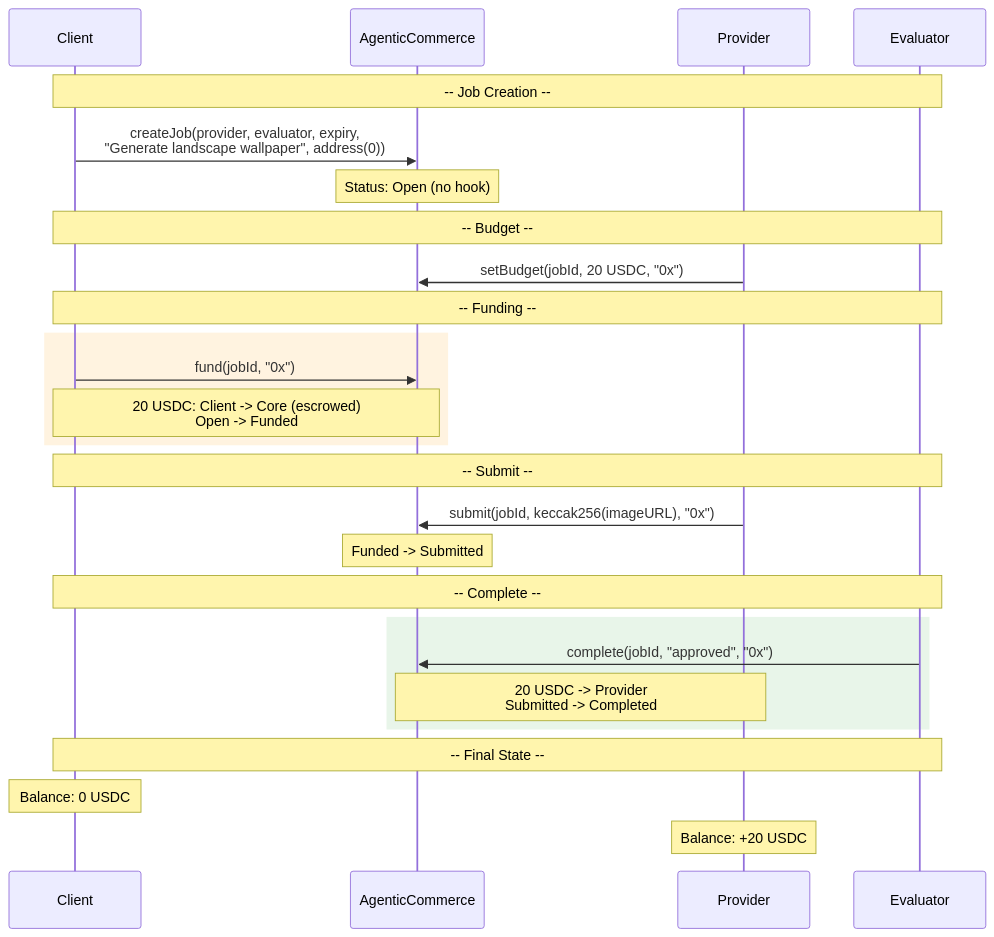
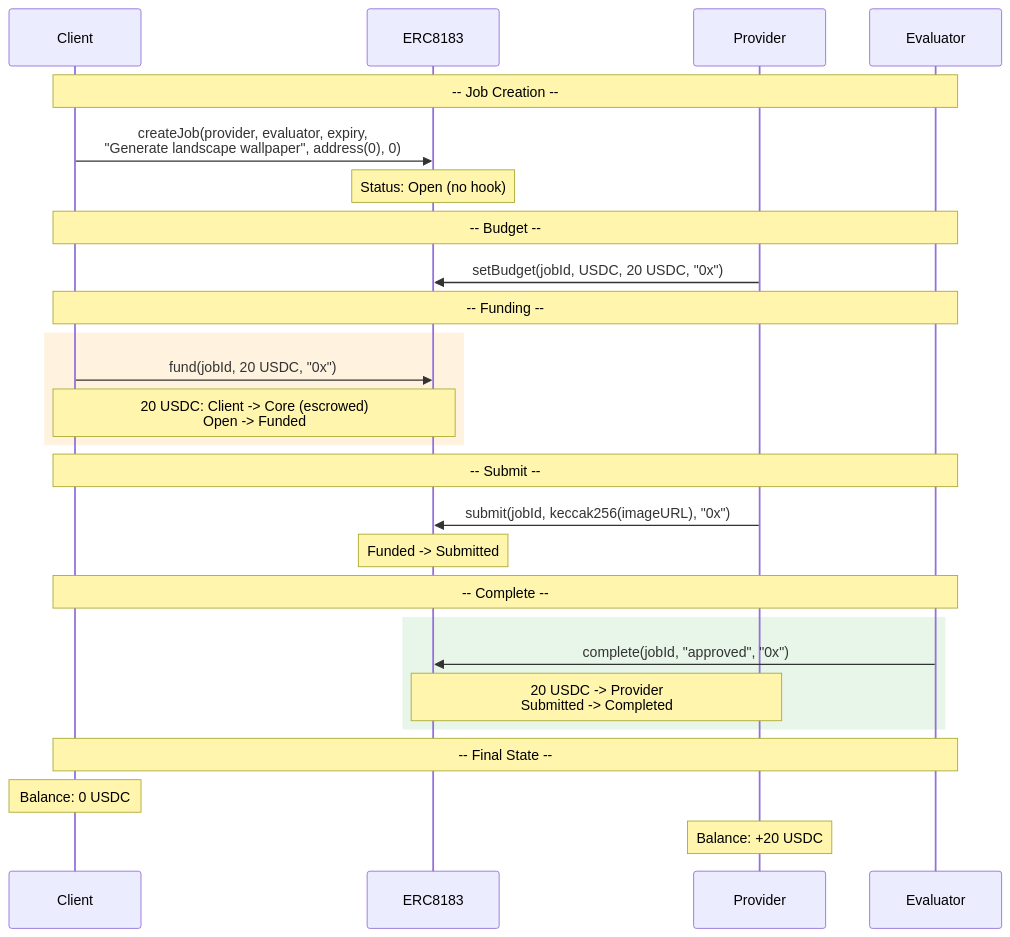
Before and after one commit to erc-8183/base-contracts: the diagram in docs/03-demo-flows.md, drawn with Mermaid. The commit also changed 9 other files, not shown here.

Commit message:
feat: harden ERC8183 escrow, rename AgenticCommerce contract and update docs

````diff
--- a/docs/03-demo-flows.md
+++ b/docs/03-demo-flows.md
@@ -7,34 +7,34 @@
 ```mermaid
 sequenceDiagram
     participant C as Client
-    participant Core as AgenticCommerce
+    participant Core as ERC8183
     participant P as Provider
     participant E as Evaluator
 
     Note over C,E: -- Job Creation --
-    C->>Core: createJob(provider, evaluator, expiry,<br/>"Generate landscape wallpaper", address(0))
+    C->>Core: createJob(provider, evaluator, expiry,<br/>"Generate landscape wallpaper", address(0), 0)
     Note over Core: Status: Open (no hook)
 
     Note over C,E: -- Budget --
-    P->>Core: setBudget(jobId, 20 USDC, "0x")
+    P->>Core: setBudget(jobId, USDC, 20 USDC, "0x")
 
     Note over C,E: -- Funding --
     rect rgb(255, 243, 224)
-        C->>Core: fund(jobId, "0x")
+        C->>Core: fund(jobId, 20 USDC, "0x")
         Note over C,Core: 20 USDC: Client -> Core (escrowed)<br/>Open -> Funded
     end
 
     Note over C,E: -- Submit --
     P->>Core: submit(jobId, keccak256(imageURL), "0x")
     Note over Core: Funded -> Submitted
 
     Note over C,E: -- Complete --
     rect rgb(232, 245, 233)
         E->>Core: complete(jobId, "approved", "0x")
         Note over Core,P: 20 USDC -> Provider<br/>Submitted -> Completed
     end
 
     Note over C,E: -- Final State --
     Note over C: Balance: 0 USDC
     Note over P: Balance: +20 USDC
 ```
````
